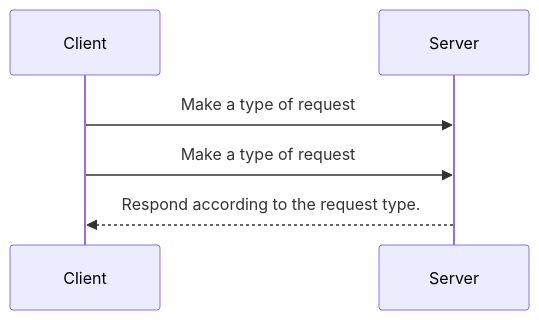
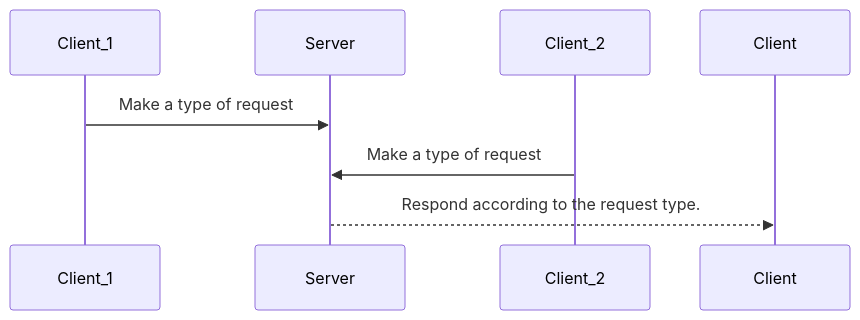
One commit to laize-loucia/movie_booking changed the first of 3 diagrams in README.md. Above: the diagram before and after it, drawn with Mermaid.

````diff
--- a/README.md
+++ b/README.md
@@ -7,7 +7,7 @@
 ```mermaid
 sequenceDiagram
-    Client->>Server: Make a type of request
-    Client->>Server: Make a type of request
+    Client_1->>Server: Make a type of request
+    Client_2->>Server: Make a type of request
     Server-->>Client: Respond according to the request type.
 
 ```
````
